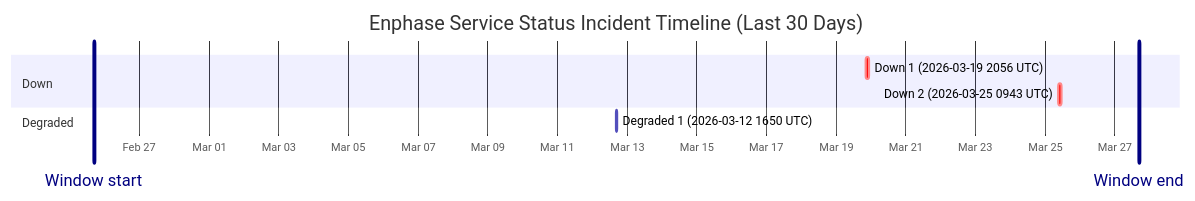
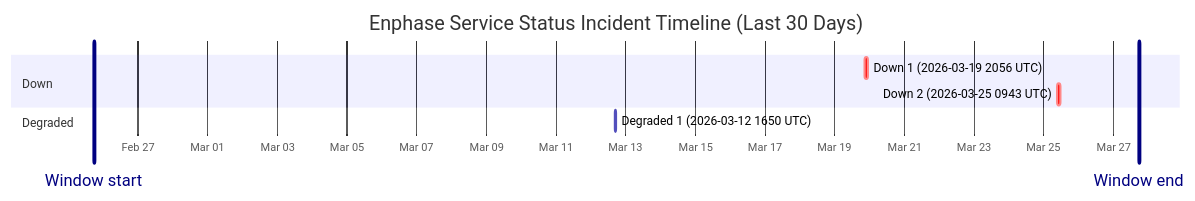
The diagram in wiki/Service-Status-History.md (barneyonline/ha-enphase-ev-charger), drawn with Mermaid before and after one commit. The commit also changed other lines of this file and 3 other files, not shown here.

````diff
--- a/wiki/Service-Status-History.md
+++ b/wiki/Service-Status-History.md
@@ -14,13 +14,13 @@
 ```mermaid
 gantt
     title Enphase Service Status Incident Timeline (Last 30 Days)
     dateFormat  YYYY-MM-DDTHH:mm:ss
     axisFormat  %b %d
-    Window start :vert, window-start, 2026-02-25T16:42:56, 0ms
-    Window end :vert, window-end, 2026-03-27T16:42:56, 0ms
+    Window start :vert, window-start, 2026-02-25T17:42:03, 0ms
+    Window end :vert, window-end, 2026-03-27T17:42:03, 0ms
     section Down
     Down 1 (2026-03-19 2056 UTC) :crit, down-1, 2026-03-19T20:56:20, 145m
     Down 2 (2026-03-25 0943 UTC) :crit, down-2, 2026-03-25T09:43:28, 111m
     section Degraded
     Degraded 1 (2026-03-12 1650 UTC) :active, degraded-1, 2026-03-12T16:50:43, 60m
 ```
````
